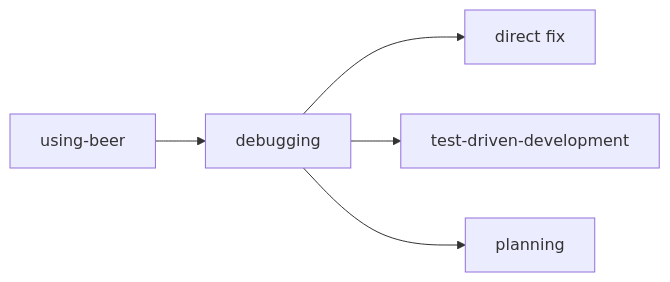
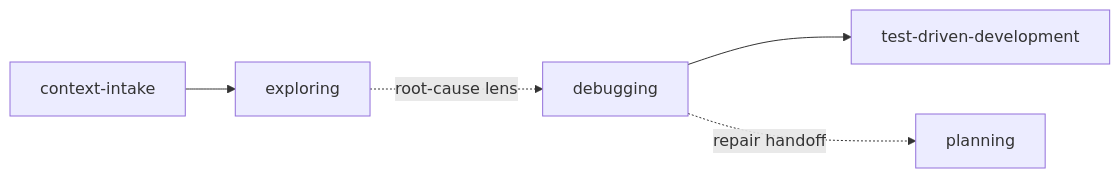
One commit to Huy-04/beer-skills changed the second of 2 diagrams in docs/ecosystem-flow-overview.md. Above: the diagram before and after it, drawn with Mermaid. The commit also changed other lines of this file and 50 other files, not shown here.

````diff
--- a/docs/ecosystem-flow-overview.md
+++ b/docs/ecosystem-flow-overview.md
@@ -44,7 +44,7 @@
 ```mermaid
 flowchart LR
-    UB[using-beer] --> DB[debugging]
-    DB --> DF[direct fix]
+    CI[context-intake] --> EX[exploring]
+    EX -. root-cause lens .-> DB[debugging]
     DB --> TDD[test-driven-development]
-    DB --> PL[planning]
+    DB -. repair handoff .-> PL[planning]
 ```
````
